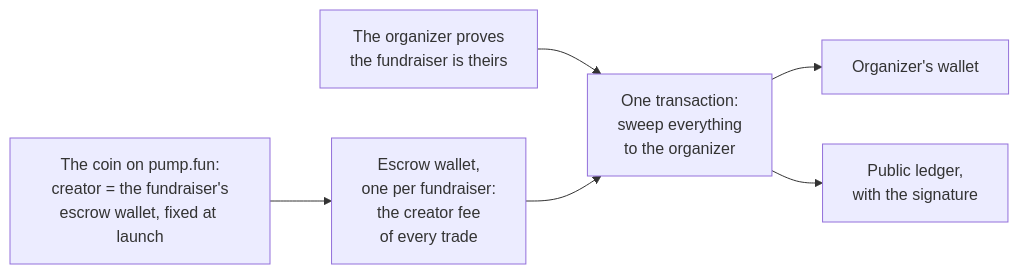
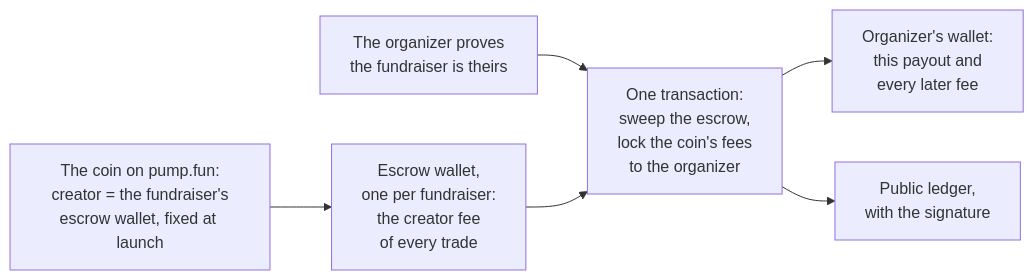
Before and after one commit to Bruhmare/ape-for-good: the diagram in README.md, drawn with Mermaid. The commit also changed other lines of this file and 6 other files, not shown here.

First line of the commit message:
Claims hand each coin's fees to its organizer on pump.fun, locked

````diff
--- a/README.md
+++ b/README.md
@@ -22,8 +22,8 @@
 ```mermaid
 flowchart LR
   P["The coin on pump.fun:<br/>creator = the fundraiser's<br/>escrow wallet, fixed at launch"] --> E["Escrow wallet,<br/>one per fundraiser:<br/>the creator fee<br/>of every trade"]
-  O["The organizer proves<br/>the fundraiser is theirs"] --> S["One transaction:<br/>sweep everything<br/>to the organizer"]
+  O["The organizer proves<br/>the fundraiser is theirs"] --> S["One transaction:<br/>sweep the escrow,<br/>lock the coin's fees<br/>to the organizer"]
   E --> S
-  S --> W["Organizer's wallet"]
+  S --> W["Organizer's wallet:<br/>this payout and<br/>every later fee"]
   S --> G["Public ledger,<br/>with the signature"]
 ```
````
